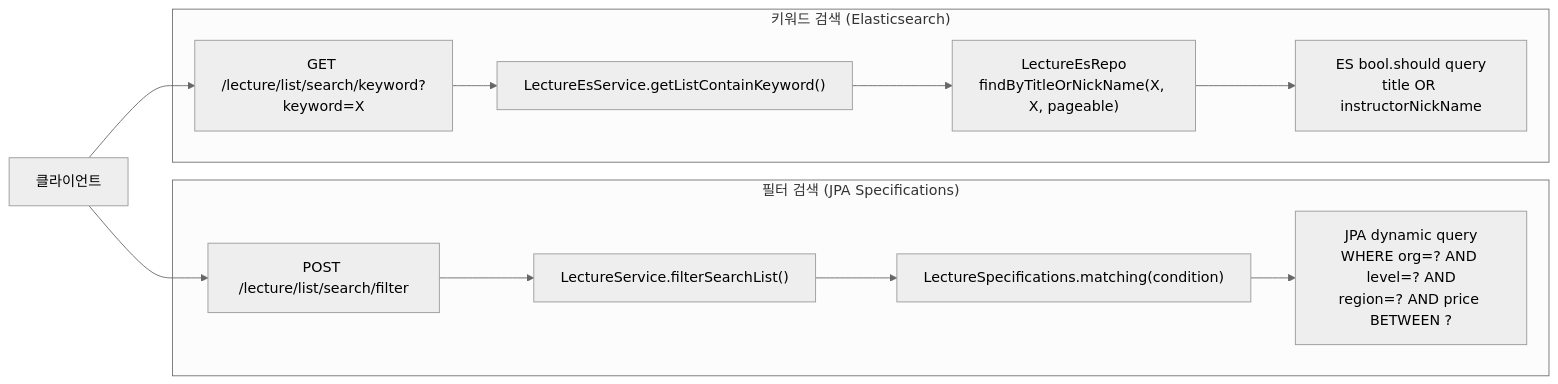
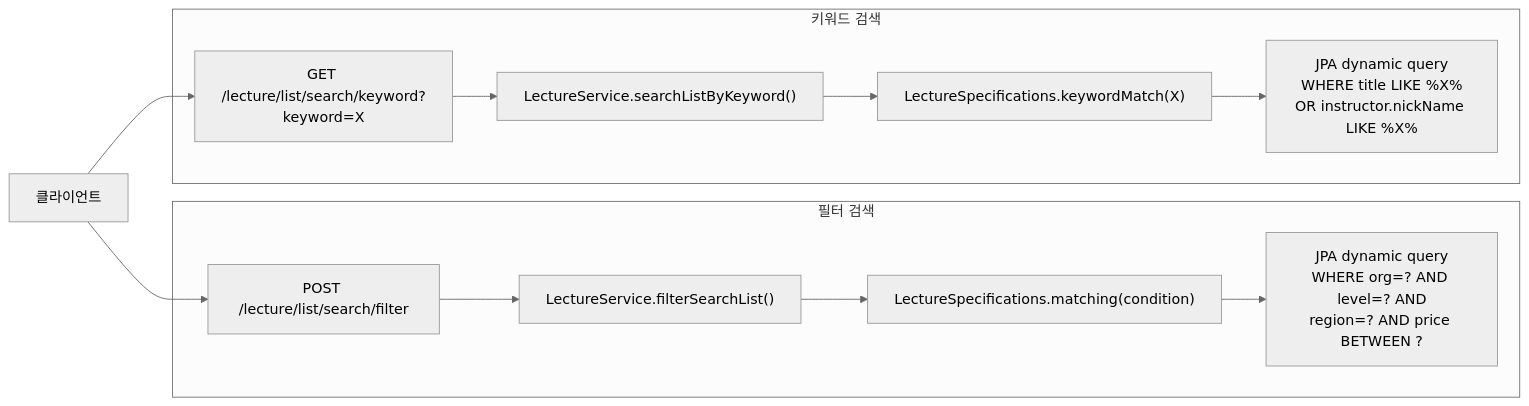
Before and after one commit to pungdong/Pungdong-Backend: the sixth of 8 diagrams in docs/architecture/lecture.md, drawn with Mermaid (neutral theme). The commit also changed other lines of this file and 7 other files, not shown here.

````diff
--- a/docs/architecture/lecture.md
+++ b/docs/architecture/lecture.md
@@ -221,21 +192,21 @@
 ```mermaid
 flowchart LR
     Client["클라이언트"]
 
-    subgraph Filter["필터 검색 (JPA Specifications)"]
+    subgraph Filter["필터 검색"]
         F1["POST /lecture/list/search/filter"]
         F2["LectureService.filterSearchList()"]
         F3["LectureSpecifications.matching(condition)"]
         F4["JPA dynamic query<br/>WHERE org=? AND level=? AND<br/>region=? AND price BETWEEN ?"]
     end
 
-    subgraph Keyword["키워드 검색 (Elasticsearch)"]
+    subgraph Keyword["키워드 검색"]
         K1["GET /lecture/list/search/keyword?keyword=X"]
-        K2["LectureEsService.getListContainKeyword()"]
-        K3["LectureEsRepo<br/>findByTitleOrNickName(X, X, pageable)"]
-        K4["ES bool.should query<br/>title OR instructorNickName"]
+        K2["LectureService.searchListByKeyword()"]
+        K3["LectureSpecifications.keywordMatch(X)"]
+        K4["JPA dynamic query<br/>WHERE title LIKE %X%<br/>OR instructor.nickName LIKE %X%"]
     end
 
     Client --> F1 --> F2 --> F3 --> F4
     Client --> K1 --> K2 --> K3 --> K4
 ```
````
